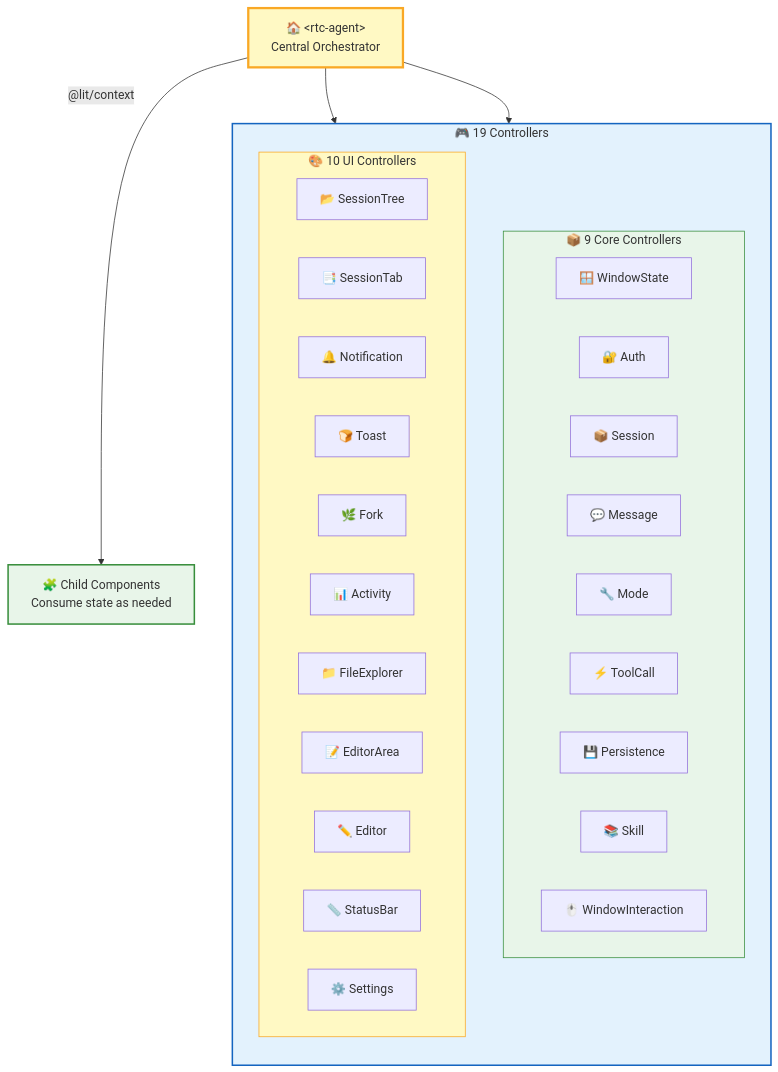
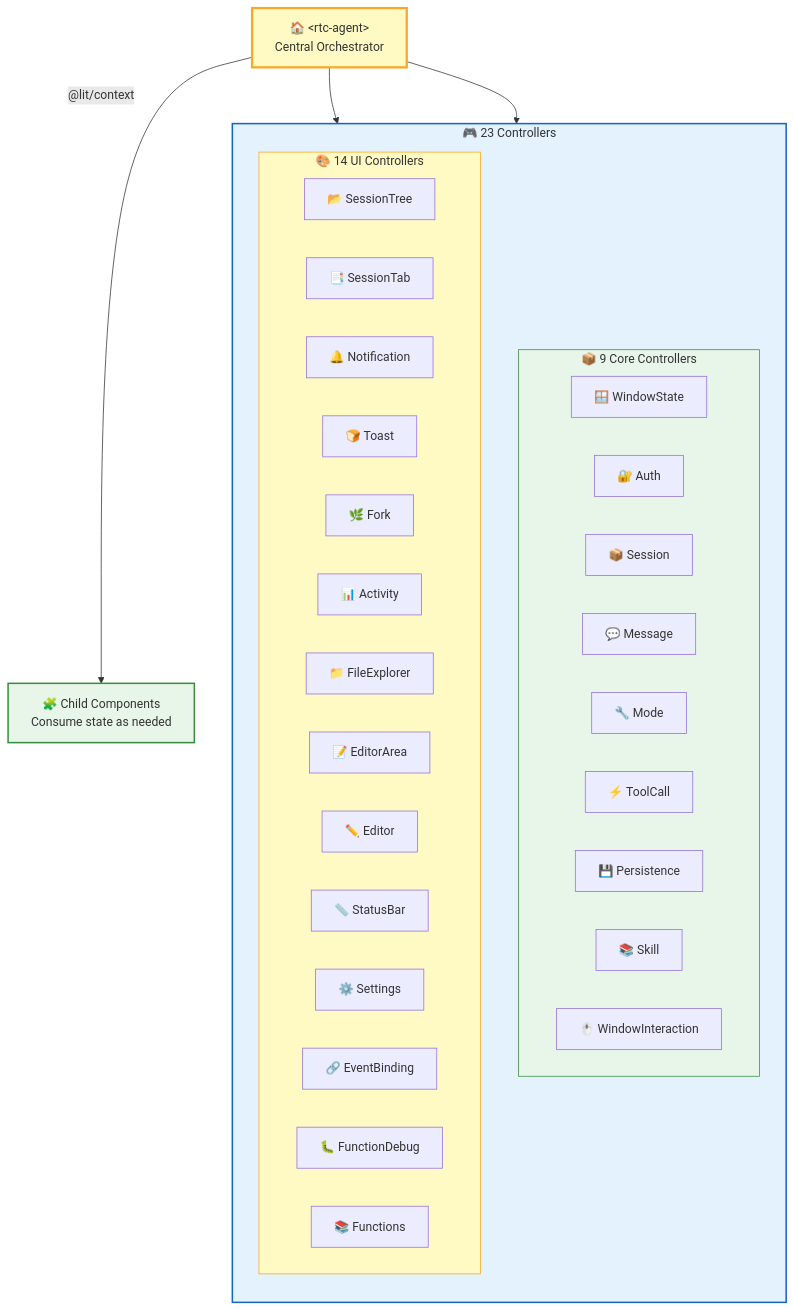
The third of 10 diagrams in src/content/docs/en/architecture/frontend.md (rtc-agent/docs), drawn with Mermaid before and after one commit. The commit also changed other lines of this file and 3 other files, not shown here.

First line of the commit message:
docs(architecture): add testing & quality section to frontend architecture docs

````diff
--- a/src/content/docs/en/architecture/frontend.md
+++ b/src/content/docs/en/architecture/frontend.md
@@ -115,41 +115,44 @@
 ```mermaid
 flowchart TD
-    subgraph CONTROLLERS["🎮 19 Controllers"]
+    subgraph CONTROLLERS["🎮 23 Controllers"]
         direction TB
         subgraph CORE["📦 9 Core Controllers"]
             C1["🪟 WindowState"]
             C2["🔐 Auth"]
             C3["📦 Session"]
             C4["💬 Message"]
             C5["🔧 Mode"]
             C6["⚡ ToolCall"]
             C7["💾 Persistence"]
             C8["📚 Skill"]
             C9["🖱️ WindowInteraction"]
         end
-        subgraph UI["🎨 10 UI Controllers"]
+        subgraph UI["🎨 14 UI Controllers"]
             C10["📂 SessionTree"]
             C11["📑 SessionTab"]
             C12["🔔 Notification"]
             C13["🍞 Toast"]
             C14["🌿 Fork"]
             C15["📊 Activity"]
             C16["📁 FileExplorer"]
             C17["📝 EditorArea"]
             C18["✏️ Editor"]
             C19["📏 StatusBar"]
             C20["⚙️ Settings"]
+            C21["🔗 EventBinding"]
+            C22["🐛 FunctionDebug"]
+            C23["📚 Functions"]
         end
     end
 
     ROOT["🏠 &lt;rtc-agent&gt;<br/>Central Orchestrator"] --> CORE
     ROOT --> UI
 
     ROOT -->|"@lit/context"| CHILDREN["🧩 Child Components<br/>Consume state as needed"]
 
     style ROOT fill:#fff9c4,stroke:#f9a825,stroke-width:3px
     style CONTROLLERS fill:#e3f2fd,stroke:#1565c0,stroke-width:2px
     style CORE fill:#e8f5e9,stroke:#388e3c,stroke-width:1px
     style UI fill:#fff9c4,stroke:#f9a825,stroke-width:1px
     style CHILDREN fill:#e8f5e9,stroke:#388e3c,stroke-width:2px
 ```
````
